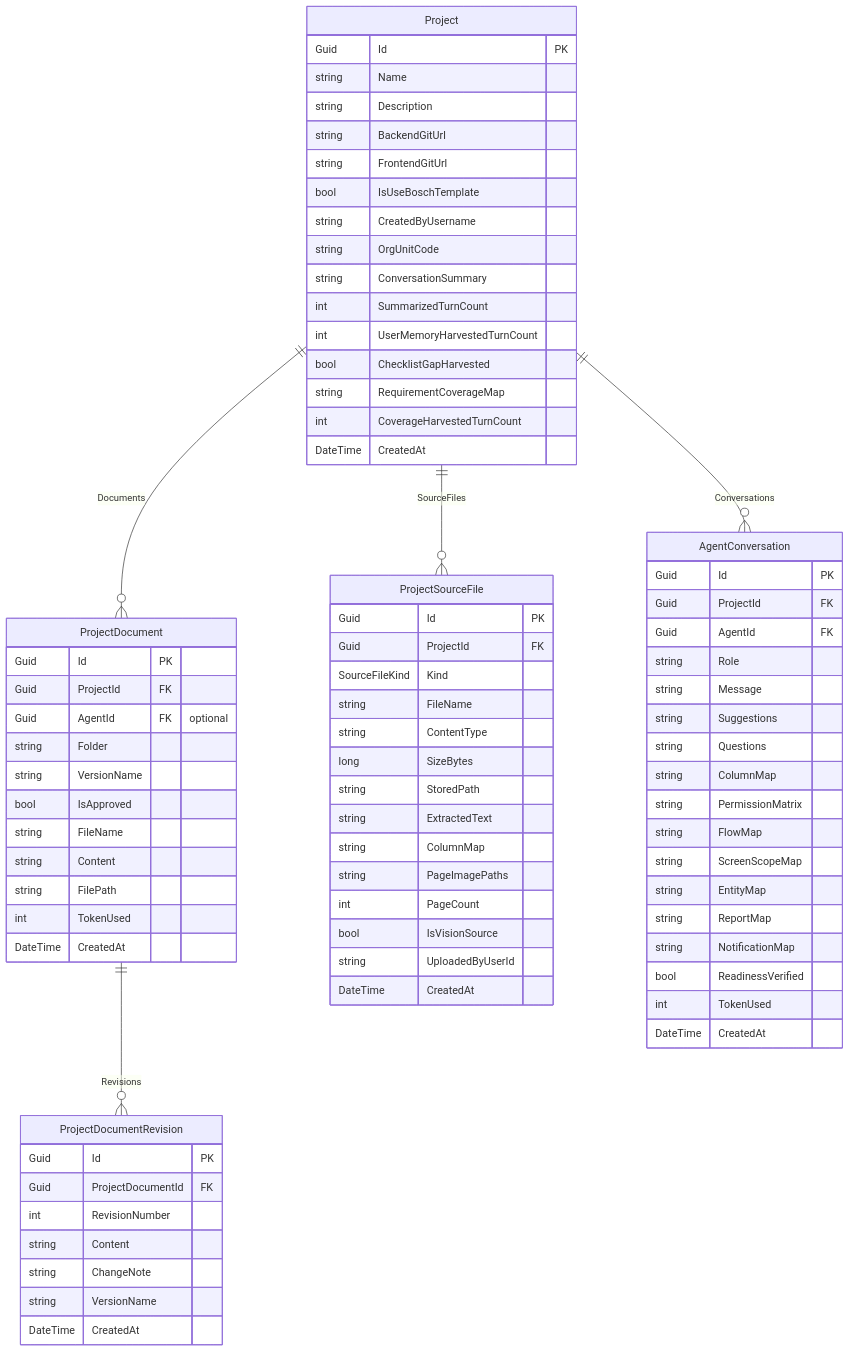
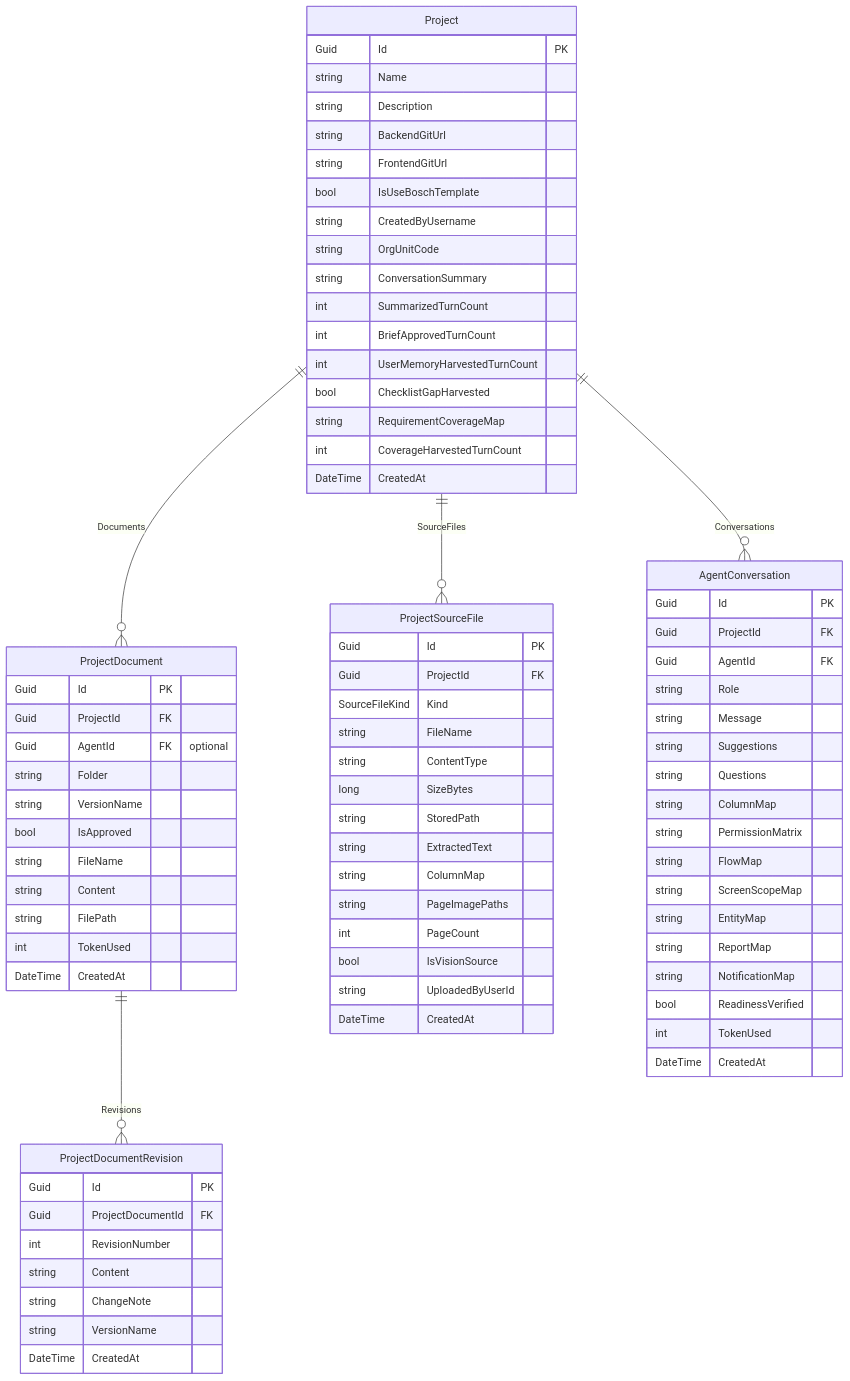
One commit to Songlong0506/ICOGenerator-v4 changed the second of 9 diagrams in docs/data-model.md. Above: the diagram before and after it, drawn with Mermaid. The commit also changed other lines of this file and 16 other files, not shown here.

```diff
--- a/docs/data-model.md
+++ b/docs/data-model.md
@@ -104,6 +104,7 @@
         string OrgUnitCode
         string ConversationSummary
         int SummarizedTurnCount
+        int BriefApprovedTurnCount
         int UserMemoryHarvestedTurnCount
         bool ChecklistGapHarvested
         string RequirementCoverageMap
```
